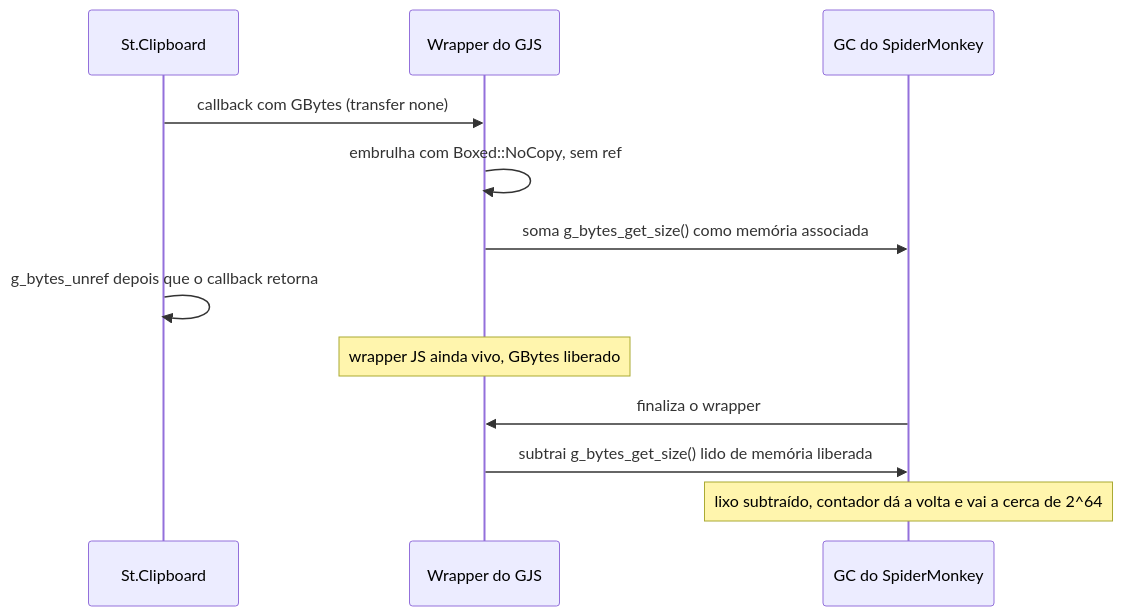
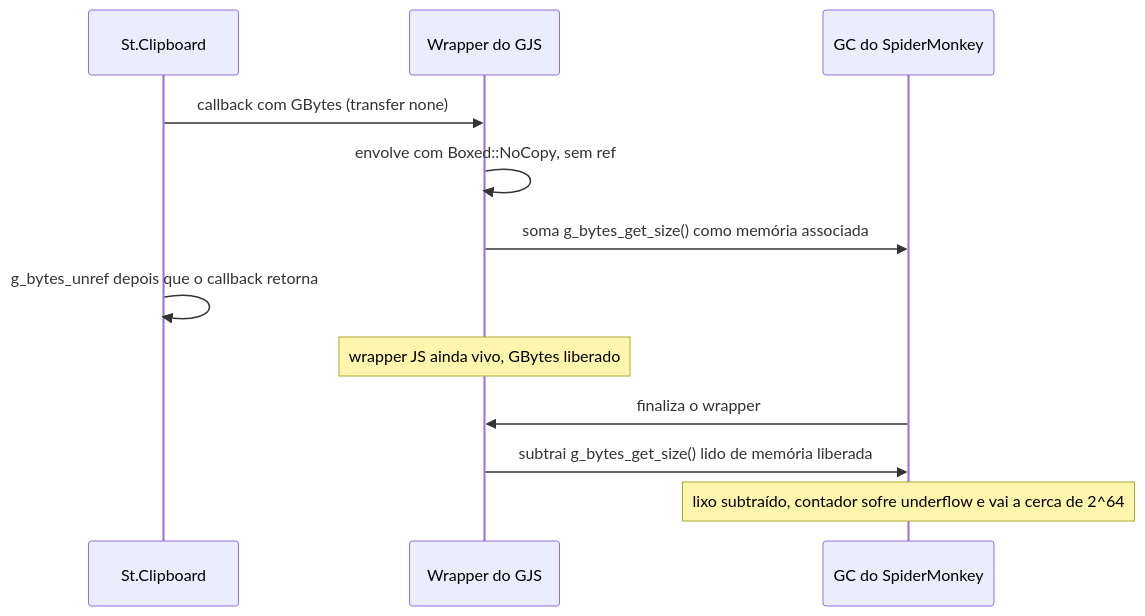
One commit to leandromqrs/leandromqrs.github.io changed the diagram in src/content/blog/pt-br/gjs-2-pow-64-memory-counter.md. Above: the diagram before and after it, drawn with Mermaid. The commit also changed other lines of this file and 6 other files, not shown here.

````diff
--- a/src/content/blog/pt-br/gjs-2-pow-64-memory-counter.md
+++ b/src/content/blog/pt-br/gjs-2-pow-64-memory-counter.md
@@ -49,14 +49,14 @@
 ```mermaid
 sequenceDiagram
     participant St as St.Clipboard
     participant GJS as Wrapper do GJS
     participant GC as GC do SpiderMonkey
     St->>GJS: callback com GBytes (transfer none)
-    GJS->>GJS: embrulha com Boxed::NoCopy, sem ref
+    GJS->>GJS: envolve com Boxed::NoCopy, sem ref
     GJS->>GC: soma g_bytes_get_size() como memória associada
     St->>St: g_bytes_unref depois que o callback retorna
     Note over GJS: wrapper JS ainda vivo, GBytes liberado
     GC->>GJS: finaliza o wrapper
     GJS->>GC: subtrai g_bytes_get_size() lido de memória liberada
-    Note over GC: lixo subtraído, contador dá a volta e vai a cerca de 2^64
+    Note over GC: lixo subtraído, contador sofre underflow e vai a cerca de 2^64
 ```
````
